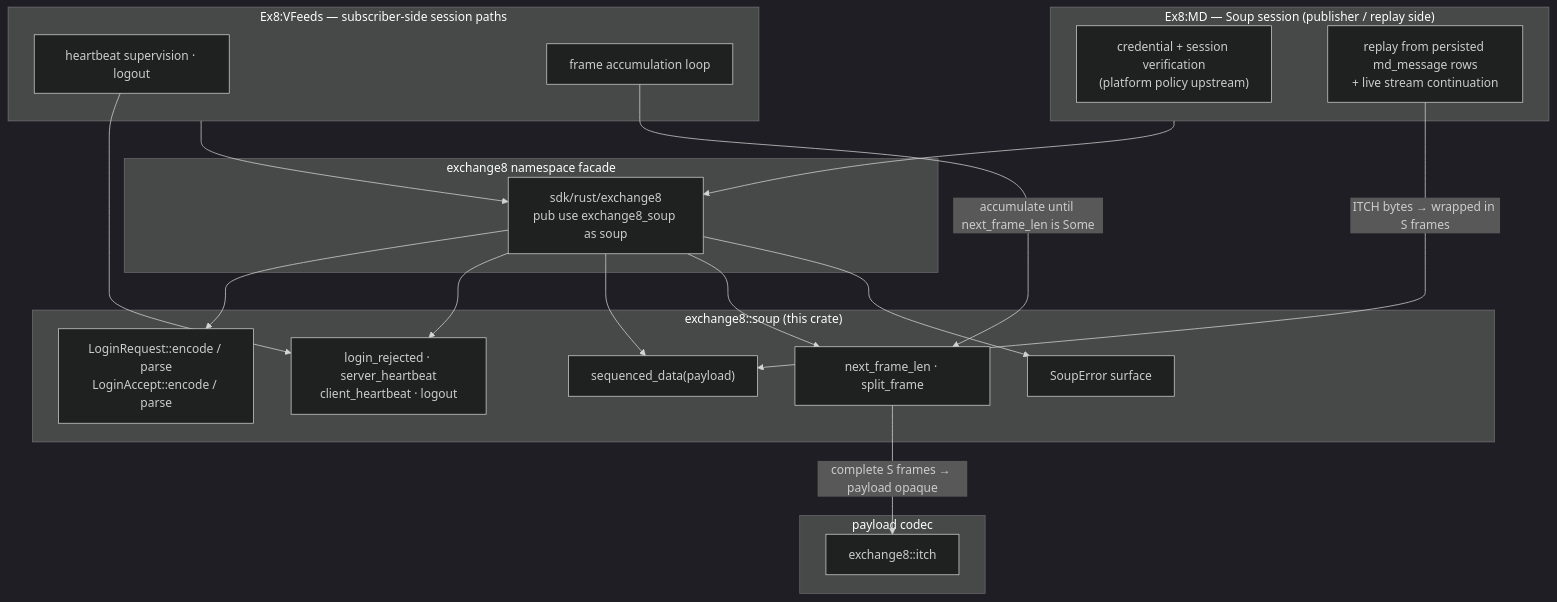
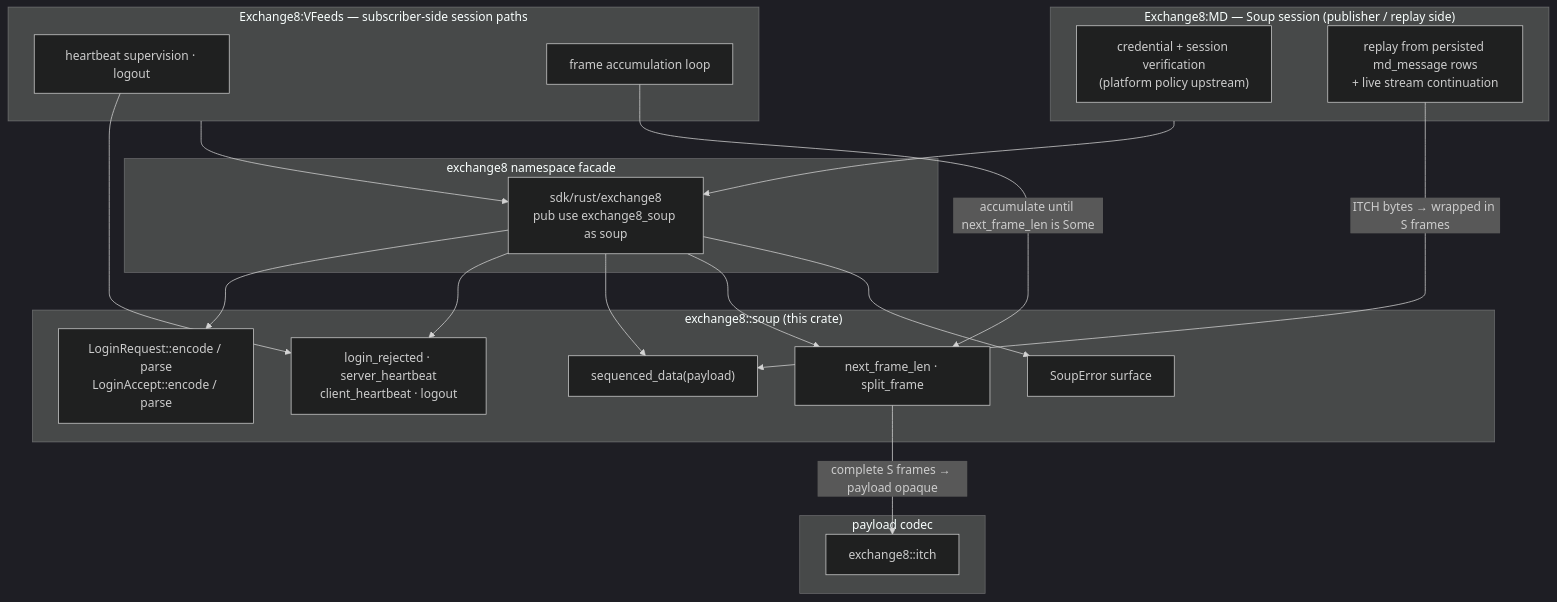
Before and after one commit to Exchange8-dev/exchange8-sdk: the first of 8 diagrams in crates/soup/DESIGN.md, drawn with Mermaid (dark theme). The commit also changed other lines of this file and 29 other files, not shown here.

````diff
--- a/crates/soup/DESIGN.md
+++ b/crates/soup/DESIGN.md
@@ -29,40 +29,40 @@
 ```mermaid
 graph TD
-    subgraph MDSESS["Ex8:MD — Soup session (publisher / replay side)"]
+    subgraph MDSESS["Exchange8:MD — Soup session (publisher / replay side)"]
         AUTHZ["credential + session verification<br/>(platform policy upstream)"]
         REP["replay from persisted md_message rows<br/>+ live stream continuation"]
     end
 
-    subgraph VFSESS["Ex8:VFeeds — subscriber-side session paths"]
+    subgraph VFSESS["Exchange8:VFeeds — subscriber-side session paths"]
         HB["heartbeat supervision · logout"]
         ACC["frame accumulation loop"]
     end
 
     subgraph FACADE["exchange8 namespace facade"]
         SDK["sdk/rust/exchange8<br/>pub use exchange8_soup as soup"]
     end
 
     subgraph CRATE["exchange8::soup (this crate)"]
         LOGIN["LoginRequest::encode / parse<br/>LoginAccept::encode / parse"]
         CTRL["login_rejected · server_heartbeat<br/>client_heartbeat · logout"]
         SD["sequenced_data(payload)"]
         STREAM["next_frame_len · split_frame"]
         ERR["SoupError surface"]
     end
 
     subgraph PAYLOAD["payload codec"]
         ITCH["exchange8::itch"]
     end
 
     MDSESS --> SDK
     VFSESS --> SDK
     SDK --> LOGIN
     SDK --> CTRL
     SDK --> SD
     SDK --> STREAM
     SDK --> ERR
     REP -->|"ITCH bytes → wrapped in S frames"| SD
     ACC -->|"accumulate until next_frame_len is Some"| STREAM
     STREAM -->|"complete S frames → payload opaque"| ITCH
     HB --> CTRL
 ```
````
